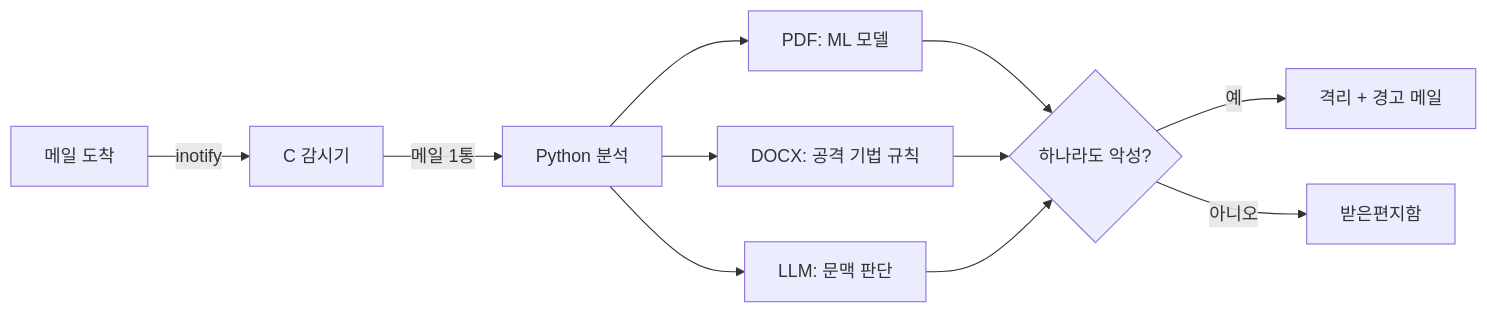
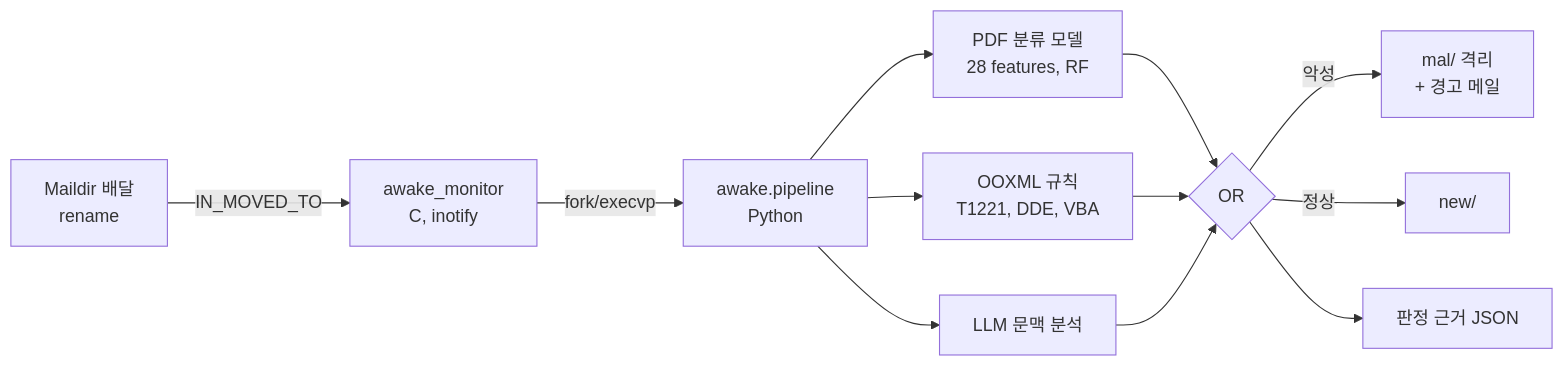
One commit to gyulim2/AWAKE changed the diagram in README.md. Above: the diagram before and after it, drawn with Mermaid. The commit also changed other lines of this file and 12 other files, not shown here.

````diff
--- a/README.md
+++ b/README.md
@@ -14,11 +14,12 @@
 ```mermaid
 flowchart LR
-    A[메일 도착] -->|inotify| B[C 감시기]
-    B -->|메일 1통| C[Python 분석]
-    C --> D[PDF: ML 모델]
-    C --> E[DOCX: 공격 기법 규칙]
-    C --> F[LLM: 문맥 판단]
-    D & E & F --> G{하나라도 악성?}
-    G -->|예| H[격리 + 경고 메일]
-    G -->|아니오| I[받은편지함]
+    A[Maildir 배달<br/>rename] -->|IN_MOVED_TO| B[awake_monitor<br/>C, inotify]
+    B -->|fork/execvp| C[awake.pipeline<br/>Python]
+    C --> D[PDF 분류 모델<br/>28 features, RF]
+    C --> E[OOXML 규칙<br/>T1221, DDE, VBA]
+    C --> F[LLM 문맥 분석]
+    D & E & F --> G{OR}
+    G -->|악성| H[mal/ 격리<br/>+ 경고 메일]
+    G -->|정상| I[new/]
+    G --> J[판정 근거 JSON]
 ```
````
